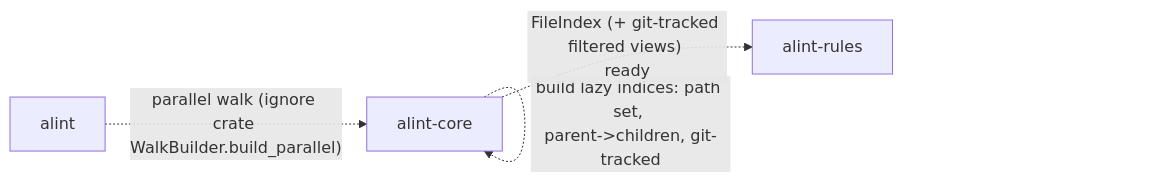
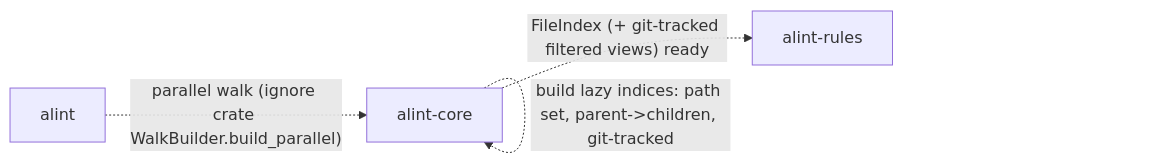
One commit to actions-marketplace-validations/asamarts_alint changed diagram 13 of 27 in docs/design/architecture/DIAGRAMS.md. Above: the diagram before and after it, drawn with Mermaid. The commit also changed other lines of this file and 19 other files, not shown here.

````diff
--- a/docs/design/architecture/DIAGRAMS.md
+++ b/docs/design/architecture/DIAGRAMS.md
@@ -324,15 +301,11 @@
 ```mermaid
 graph LR
   AlintCliAlintBin["alint"]
   AlintCliCore["alint-core"]
   AlintCliRules["alint-rules"]
-  AlintCliAlintBin -. "`parallel walk (ignore crate 
-WalkBuilder.build_parallel)`" .-> AlintCliCore
+  AlintCliAlintBin -. "`parallel walk (ignore crate WalkBuilder.build_parallel)`" .-> AlintCliCore
   AlintCliCore -. "`honor .gitignore/.ignore + ignore: globs`" .-> AlintCliCore
-  AlintCliCore -. "`merge thread-local FileEntry vecs + 
-deterministic sort`" .-> AlintCliCore
-  AlintCliCore -. "`build lazy indices: path set, 
-parent->children, git-tracked`" .-> AlintCliCore
-  AlintCliCore -. "`FileIndex (+ git-tracked filtered views) 
-ready`" .-> AlintCliRules
+  AlintCliCore -. "`merge thread-local FileEntry vecs + deterministic sort`" .-> AlintCliCore
+  AlintCliCore -. "`build lazy indices: path set, parent->children, git-tracked`" .-> AlintCliCore
+  AlintCliCore -. "`FileIndex (+ git-tracked filtered views) ready`" .-> AlintCliRules
 ```
````
